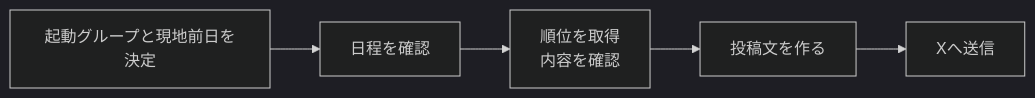
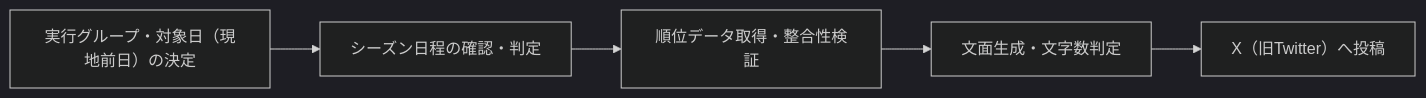
One commit to shin4488/MlbBot changed the diagram in docs/development.md. Above: the diagram before and after it, drawn with Mermaid (dark theme). The commit also changed other lines of this file and 2 other files, not shown here.

````diff
--- a/docs/development.md
+++ b/docs/development.md
@@ -9,5 +9,5 @@
 ```mermaid
 flowchart LR
-    S["起動グループと現地前日を決定"] --> A["日程を確認"] --> B["順位を取得<br>内容を確認"]
-    B --> C["投稿文を作る"] --> D["Xへ送信"]
+    S["実行グループ・対象日（現地前日）の決定"] --> A["シーズン日程の確認・判定"] --> B["順位データ取得・整合性検証"]
+    B --> C["文面生成・文字数判定"] --> D["X（旧Twitter）へ投稿"]
 ```
````
